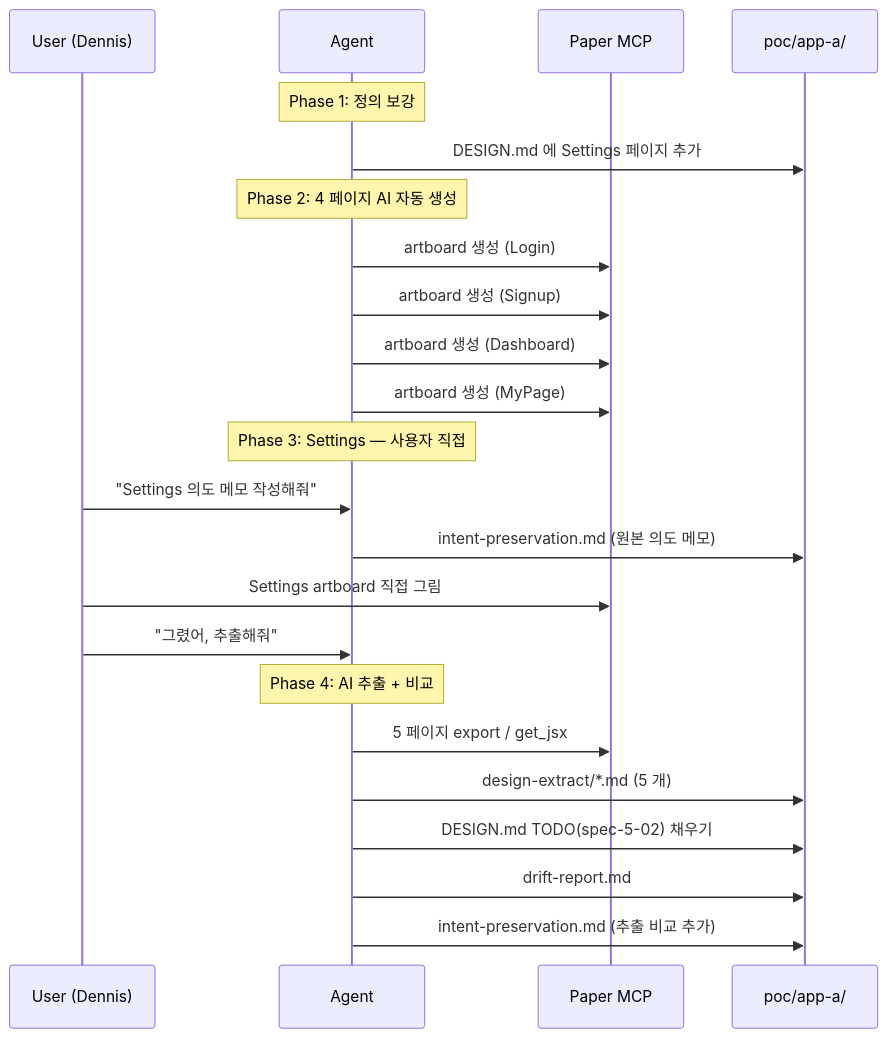
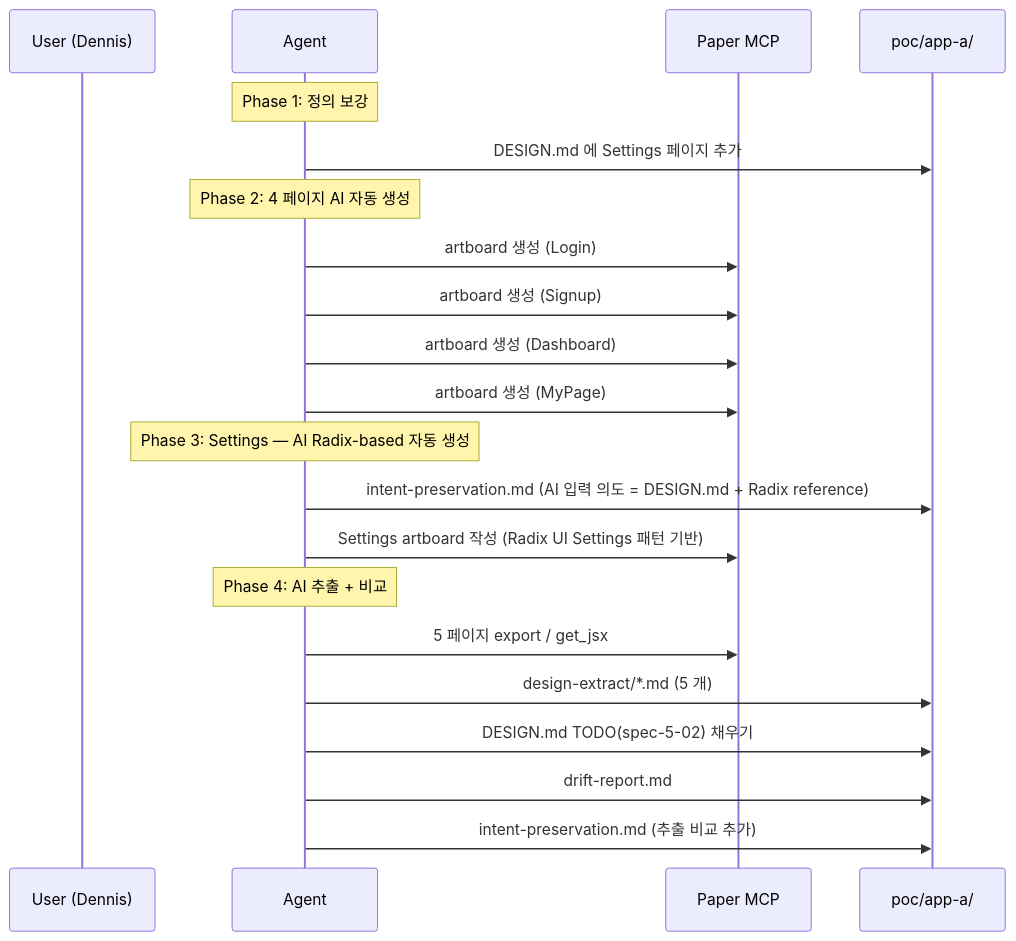
The diagram in specs/spec-5-02-app-a-paper-design/plan.md (Changsik00/gen-design), drawn with Mermaid before and after one commit. The commit also changed other lines of this file and 3 other files, not shown here.

First line of the commit message:
docs(spec-5-02): replace Designer manual drawing with AI Radix-based generation

````diff
--- a/specs/spec-5-02-app-a-paper-design/plan.md
+++ b/specs/spec-5-02-app-a-paper-design/plan.md
@@ -27,26 +28,24 @@
 ```mermaid
 sequenceDiagram
   participant U as User (Dennis)
   participant A as Agent
   participant P as Paper MCP
   participant FS as poc/app-a/
 
   Note over A: Phase 1: 정의 보강
   A->>FS: DESIGN.md 에 Settings 페이지 추가
   Note over A: Phase 2: 4 페이지 AI 자동 생성
   A->>P: artboard 생성 (Login)
   A->>P: artboard 생성 (Signup)
   A->>P: artboard 생성 (Dashboard)
   A->>P: artboard 생성 (MyPage)
-  Note over A: Phase 3: Settings — 사용자 직접
-  U->>A: "Settings 의도 메모 작성해줘"
-  A->>FS: intent-preservation.md (원본 의도 메모)
-  U->>P: Settings artboard 직접 그림
-  U->>A: "그렸어, 추출해줘"
+  Note over A: Phase 3: Settings — AI Radix-based 자동 생성
+  A->>FS: intent-preservation.md (AI 입력 의도 = DESIGN.md + Radix reference)
+  A->>P: Settings artboard 작성 (Radix UI Settings 패턴 기반)
   Note over A: Phase 4: AI 추출 + 비교
   A->>P: 5 페이지 export / get_jsx
   A->>FS: design-extract/*.md (5 개)
   A->>FS: DESIGN.md TODO(spec-5-02) 채우기
   A->>FS: drift-report.md
   A->>FS: intent-preservation.md (추출 비교 추가)
 ```
````
